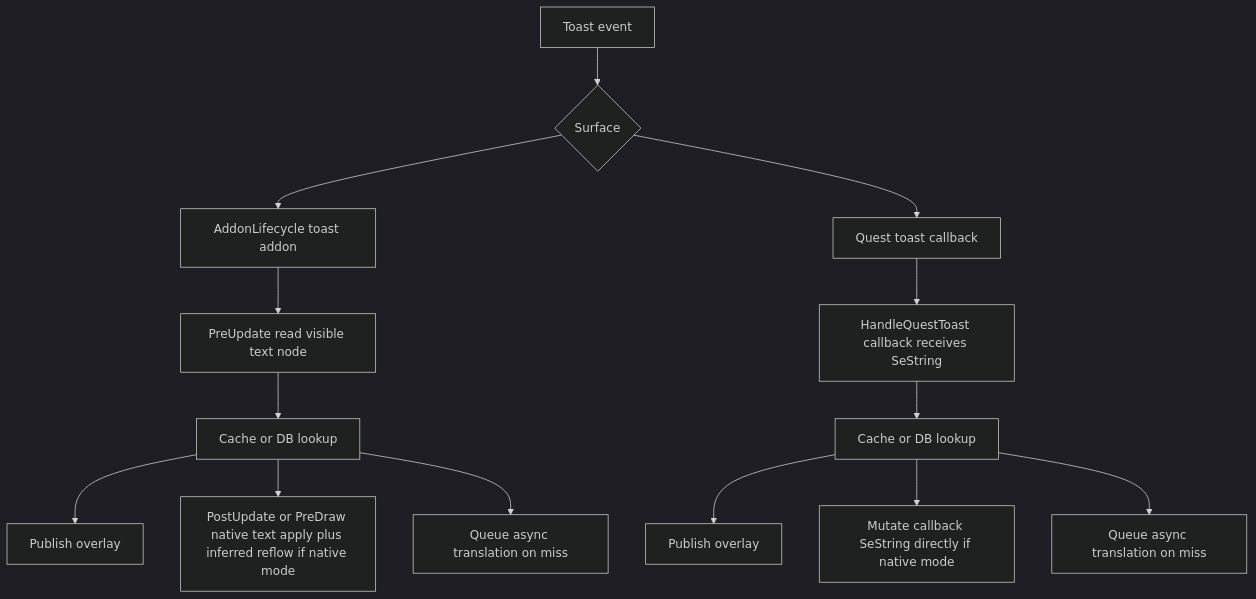
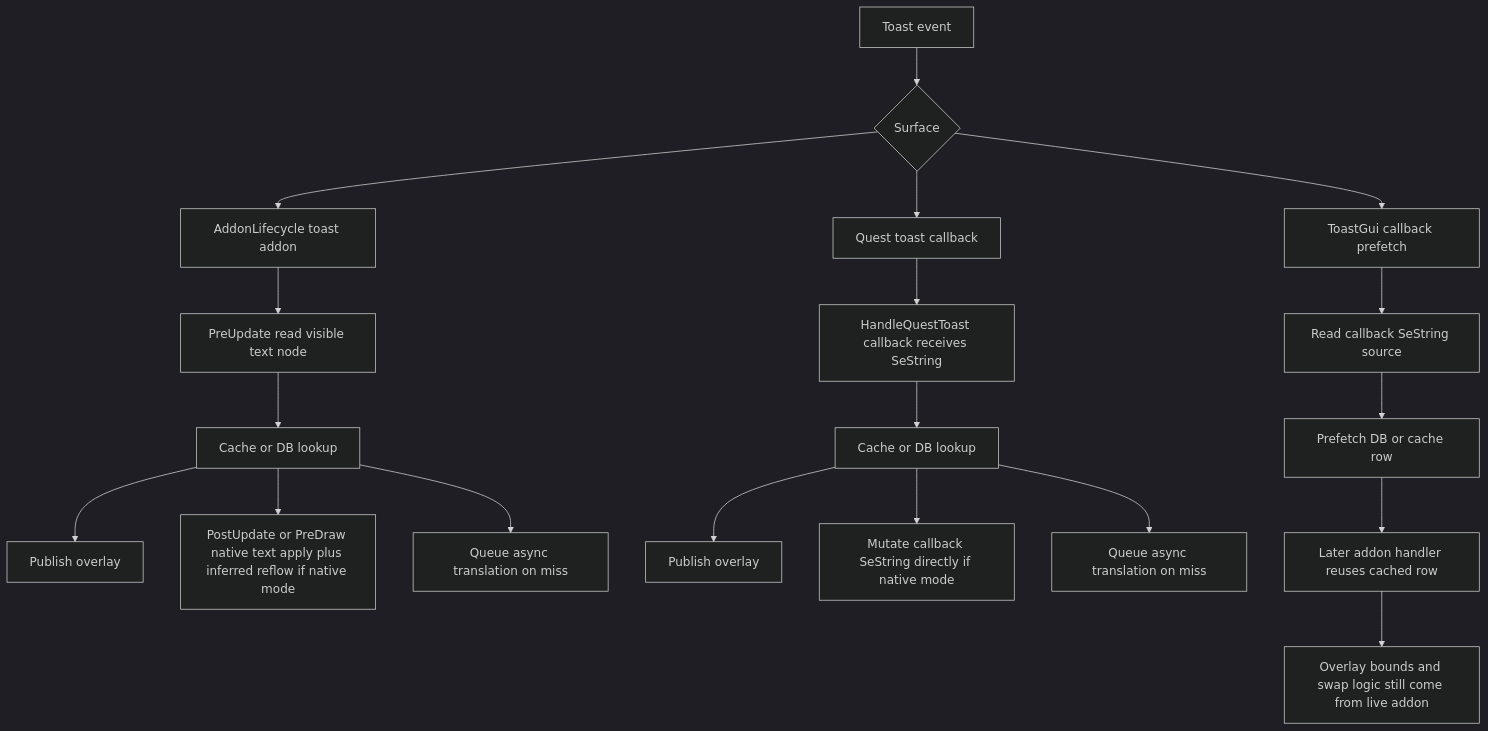
The sixth of 10 diagrams in docs/dialogue-and-toast-runtime-flows.md (lokinmodar/Echoglossian), drawn with Mermaid (dark theme) before and after one commit. The commit also changed other lines of this file and 11 other files, not shown here.

````diff
--- a/docs/dialogue-and-toast-runtime-flows.md
+++ b/docs/dialogue-and-toast-runtime-flows.md
@@ -315,18 +321,24 @@
 ```mermaid
 flowchart TD
     A[Toast event] --> B{Surface}
     B --> C[AddonLifecycle toast addon]
     B --> D[Quest toast callback]
+    B --> E[ToastGui callback prefetch]
 
     C --> C1[PreUpdate read visible text node]
     C1 --> C2[Cache or DB lookup]
     C2 --> C3[Publish overlay]
     C2 --> C4[PostUpdate or PreDraw native text apply plus inferred reflow if native mode]
     C2 --> C5[Queue async translation on miss]
 
     D --> D1[HandleQuestToast callback receives SeString]
     D1 --> D2[Cache or DB lookup]
     D2 --> D3[Publish overlay]
     D2 --> D4[Mutate callback SeString directly if native mode]
     D2 --> D5[Queue async translation on miss]
+
+    E --> E1[Read callback SeString source]
+    E1 --> E2[Prefetch DB or cache row]
+    E2 --> E3[Later addon handler reuses cached row]
+    E3 --> E4[Overlay bounds and swap logic still come from live addon]
 ```
````
